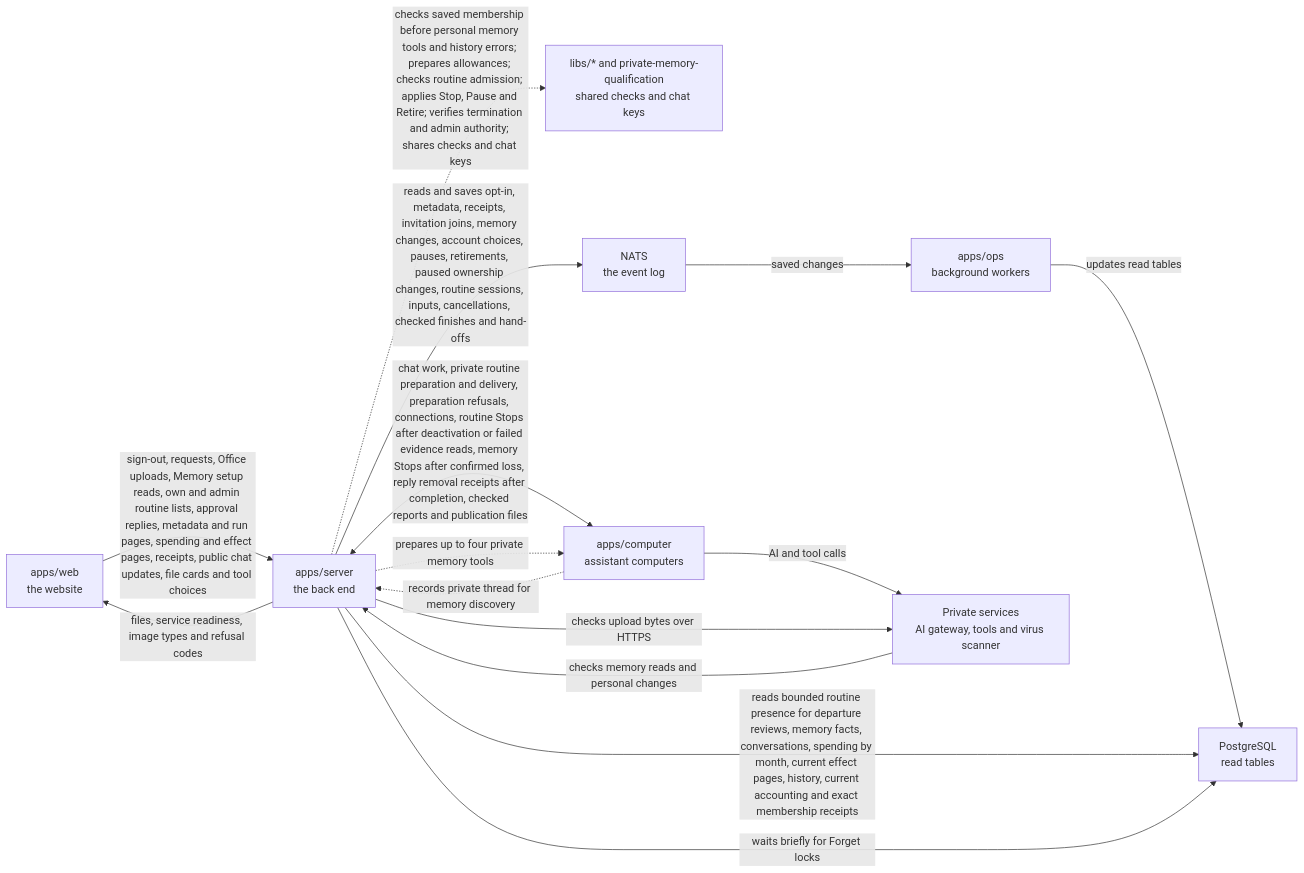
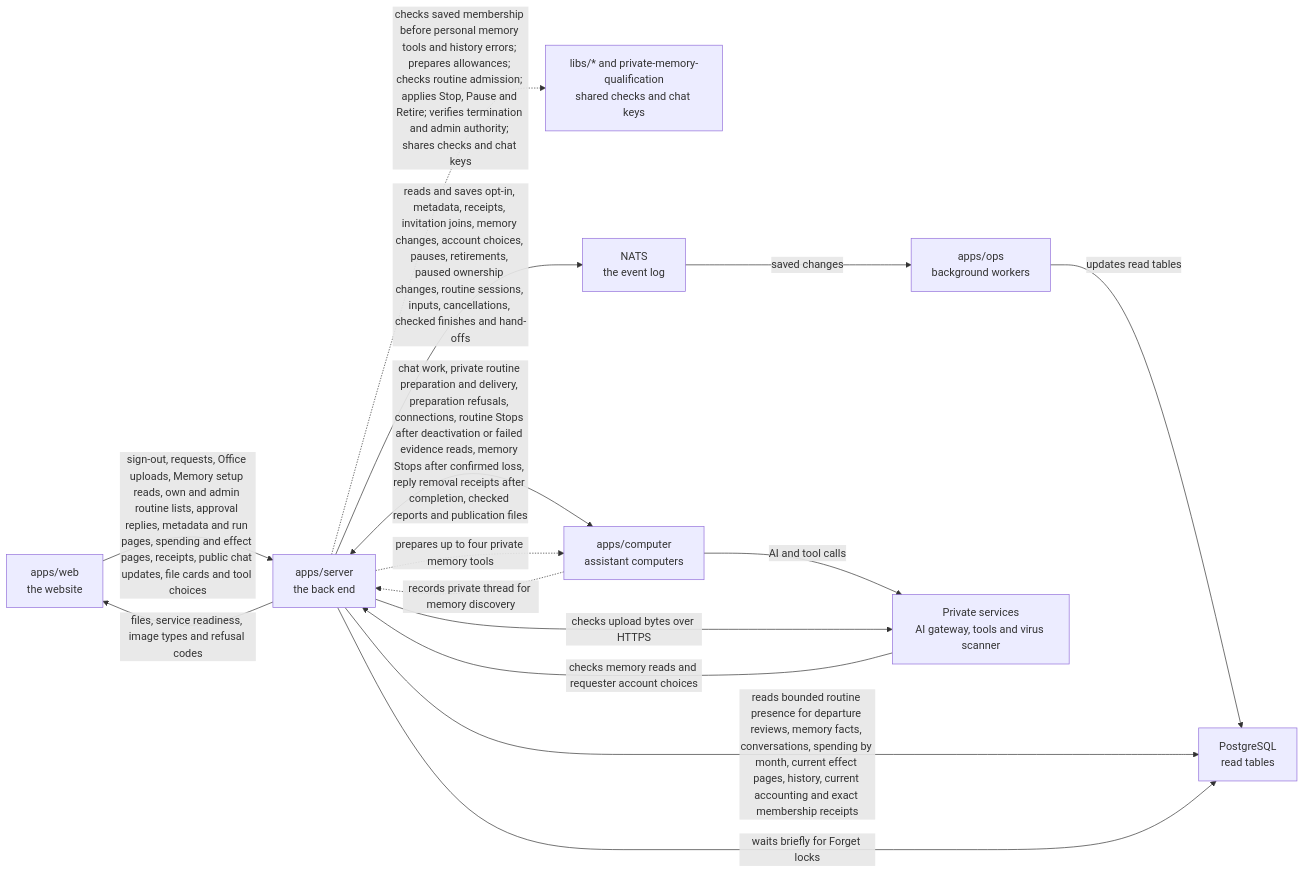
One commit to elewa-git/opencrane-new changed the diagram in apps/server/README.md. Above: the diagram before and after it, drawn with Mermaid. The commit also changed other lines of this file and 15 other files, not shown here.

Commit message:
🔐 Save explicit requester choices of company profiles

````diff
--- a/apps/server/README.md
+++ b/apps/server/README.md
@@ -183,17 +183,17 @@
 ```mermaid
 flowchart LR
   web["apps/web<br/>the website"] -->|sign-out, requests, Office uploads, Memory setup reads, own and admin routine lists, approval replies, metadata and run pages, spending and effect pages, receipts, public chat updates, file cards and tool choices| server["apps/server<br/>the back end"]
   server -.->|checks saved membership before personal memory tools and history errors; prepares allowances; checks routine admission; applies Stop, Pause and Retire; verifies termination and admin authority; shares checks and chat keys| libs["libs/* and private-memory-qualification<br/>shared checks and chat keys"]
   server -->|reads and saves opt-in, metadata, receipts, invitation joins, memory changes, account choices, pauses, retirements, paused ownership changes, routine sessions, inputs, cancellations, checked finishes and hand-offs| nats["NATS<br/>the event log"]
   nats -->|saved changes| ops["apps/ops<br/>background workers"]
   ops -->|updates read tables| postgres["PostgreSQL<br/>read tables"]
   server -->|reads bounded routine presence for departure reviews, memory facts, conversations, spending by month, current effect pages, history, current accounting and exact membership receipts| postgres
   server -->|waits briefly for Forget locks| postgres
   server <-->|chat work, private routine preparation and delivery, preparation refusals, connections, routine Stops after deactivation or failed evidence reads, memory Stops after confirmed loss, reply removal receipts after completion, checked reports and publication files| computer["apps/computer<br/>assistant computers"]
   computer -.->|records private thread for memory discovery| server
   server -.->|prepares up to four private memory tools| computer
   computer -->|AI and tool calls| runtime["Private services<br/>AI gateway, tools and virus scanner"]
   server -->|files, service readiness, image types and refusal codes| web
   server -->|checks upload bytes over HTTPS| runtime
-  runtime -->|checks memory reads and personal changes| server
+  runtime -->|checks memory reads and requester account choices| server
 ```
````
